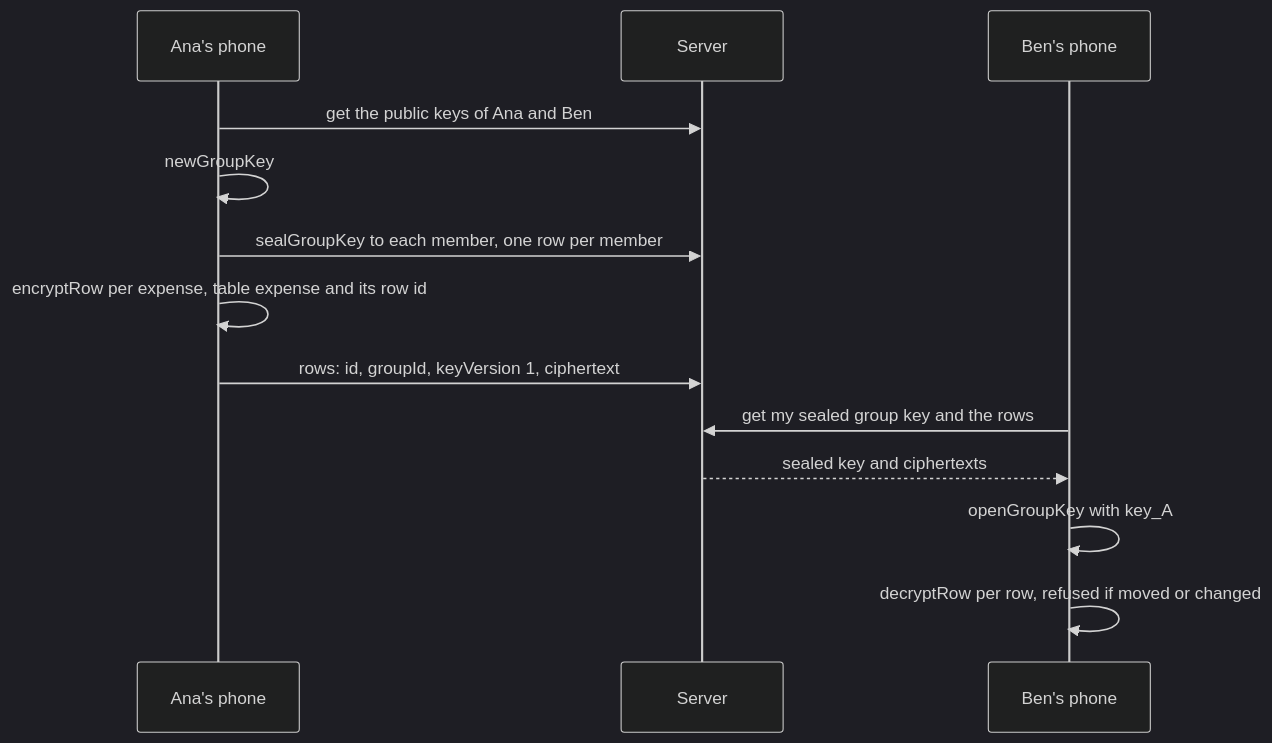
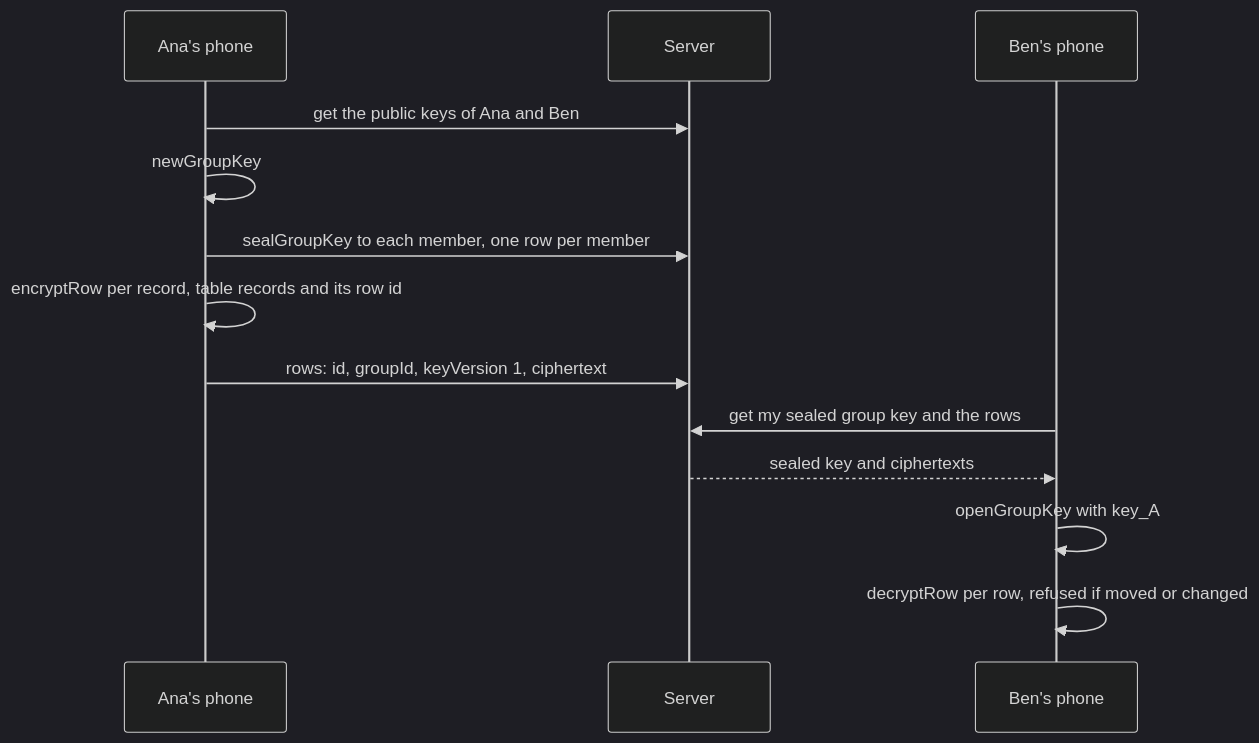
One commit to ezpriv/crypto changed the diagram in example/06-group-rows/README.md. Above: the diagram before and after it, drawn with Mermaid (dark theme). The commit also changed other lines of this file and 15 other files, not shown here.

````diff
--- a/example/06-group-rows/README.md
+++ b/example/06-group-rows/README.md
@@ -9,15 +9,15 @@
 ```mermaid
 sequenceDiagram
     participant Ana as Ana's phone
     participant Server
     participant Ben as Ben's phone
     Ana->>Server: get the public keys of Ana and Ben
     Ana->>Ana: newGroupKey
     Ana->>Server: sealGroupKey to each member, one row per member
-    Ana->>Ana: encryptRow per expense, table expense and its row id
+    Ana->>Ana: encryptRow per record, table records and its row id
     Ana->>Server: rows: id, groupId, keyVersion 1, ciphertext
     Ben->>Server: get my sealed group key and the rows
     Server-->>Ben: sealed key and ciphertexts
     Ben->>Ben: openGroupKey with key_A
     Ben->>Ben: decryptRow per row, refused if moved or changed
 ```
````
